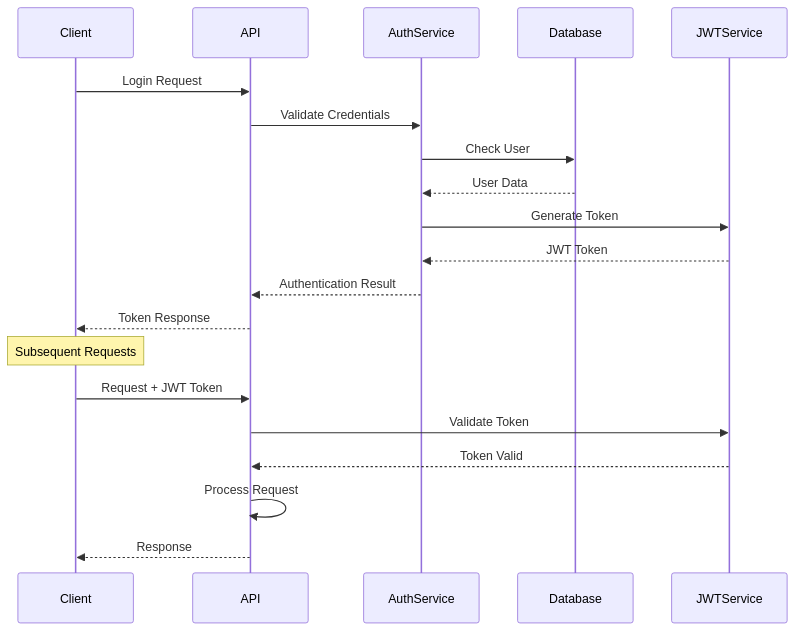
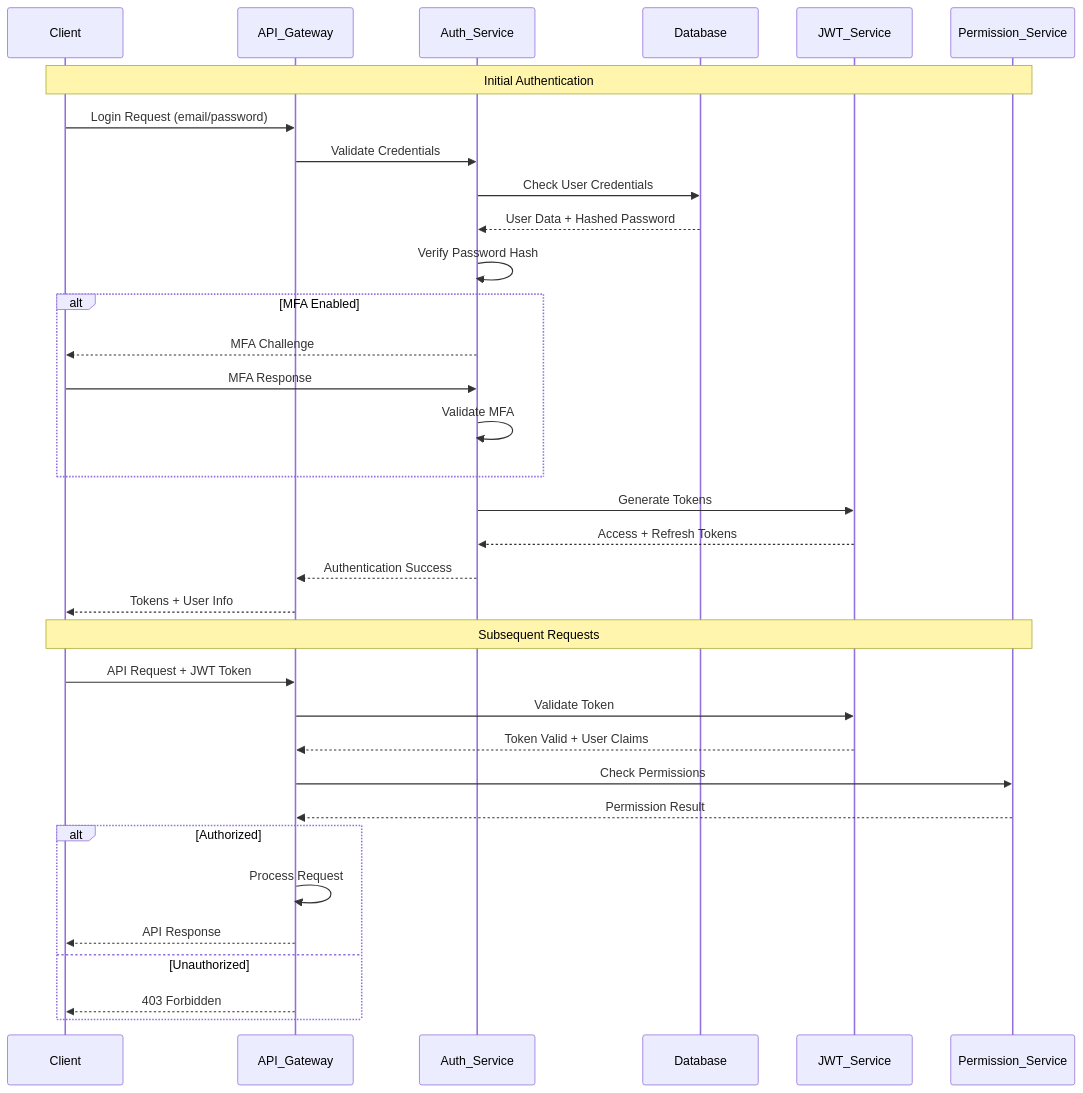
Before and after one commit to MRCORD/university-chatbot: diagram 17 of 19 in docs/system-architecture.md, drawn with Mermaid. The commit also changed other lines of this file, not shown here.

Commit message:
Implement new feature for user authentication and improve error handling

````diff
--- a/docs/system-architecture.md
+++ b/docs/system-architecture.md
@@ -1653,24 +2395,41 @@
 ```mermaid
 sequenceDiagram
     participant Client
-    participant API
-    participant AuthService
+    participant API_Gateway
+    participant Auth_Service
     participant Database
-    participant JWTService
+    participant JWT_Service
+    participant Permission_Service
     
-    Client->>API: Login Request
-    API->>AuthService: Validate Credentials
-    AuthService->>Database: Check User
-    Database-->>AuthService: User Data
-    AuthService->>JWTService: Generate Token
-    JWTService-->>AuthService: JWT Token
-    AuthService-->>API: Authentication Result
-    API-->>Client: Token Response
+    Note over Client, Permission_Service: Initial Authentication
+    Client->>API_Gateway: Login Request (email/password)
+    API_Gateway->>Auth_Service: Validate Credentials
+    Auth_Service->>Database: Check User Credentials
+    Database-->>Auth_Service: User Data + Hashed Password
+    Auth_Service->>Auth_Service: Verify Password Hash
     
-    Note over Client: Subsequent Requests
-    Client->>API: Request + JWT Token
-    API->>JWTService: Validate Token
-    JWTService-->>API: Token Valid
-    API->>API: Process Request
-    API-->>Client: Response
+    alt MFA Enabled
+        Auth_Service-->>Client: MFA Challenge
+        Client->>Auth_Service: MFA Response
+        Auth_Service->>Auth_Service: Validate MFA
+    end
+    
+    Auth_Service->>JWT_Service: Generate Tokens
+    JWT_Service-->>Auth_Service: Access + Refresh Tokens
+    Auth_Service-->>API_Gateway: Authentication Success
+    API_Gateway-->>Client: Tokens + User Info
+    
+    Note over Client, Permission_Service: Subsequent Requests
+    Client->>API_Gateway: API Request + JWT Token
+    API_Gateway->>JWT_Service: Validate Token
+    JWT_Service-->>API_Gateway: Token Valid + User Claims
+    API_Gateway->>Permission_Service: Check Permissions
+    Permission_Service-->>API_Gateway: Permission Result
+    
+    alt Authorized
+        API_Gateway->>API_Gateway: Process Request
+        API_Gateway-->>Client: API Response
+    else Unauthorized
+        API_Gateway-->>Client: 403 Forbidden
+    end
 ```
````
